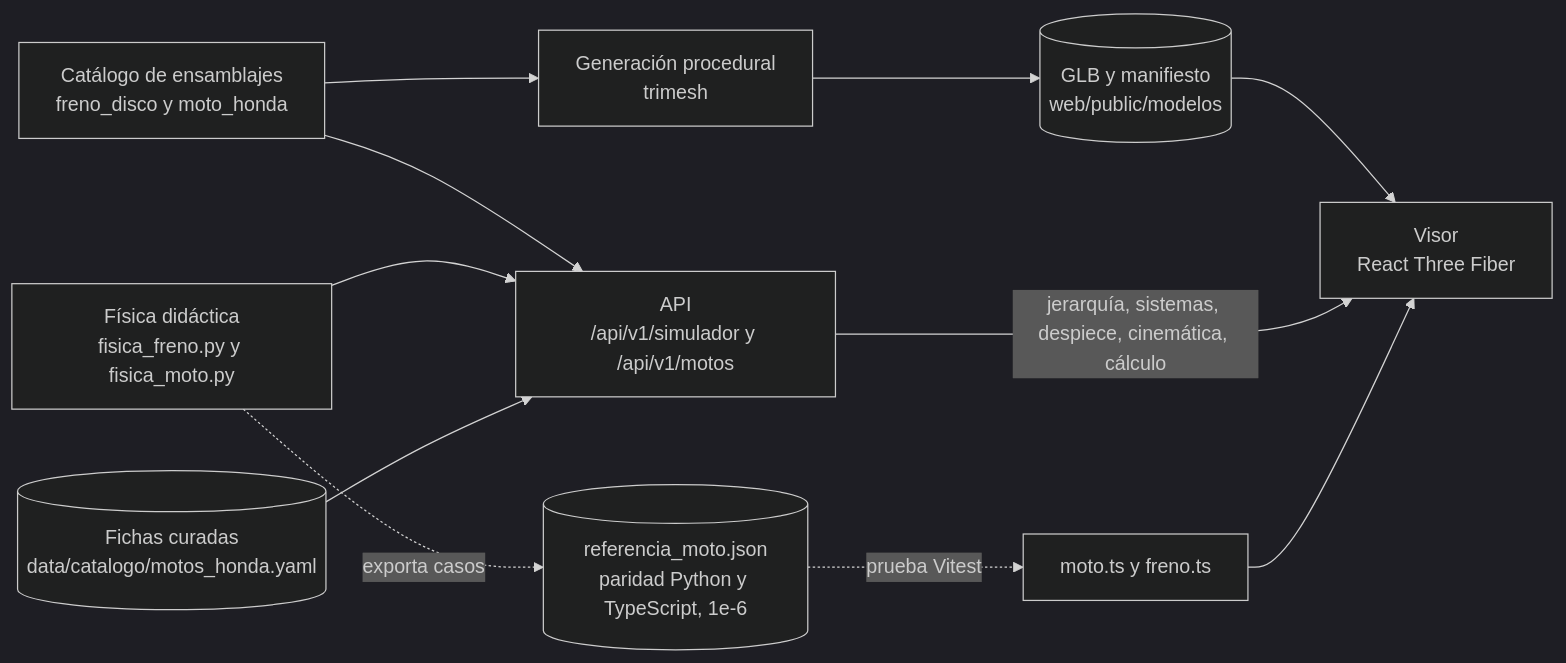
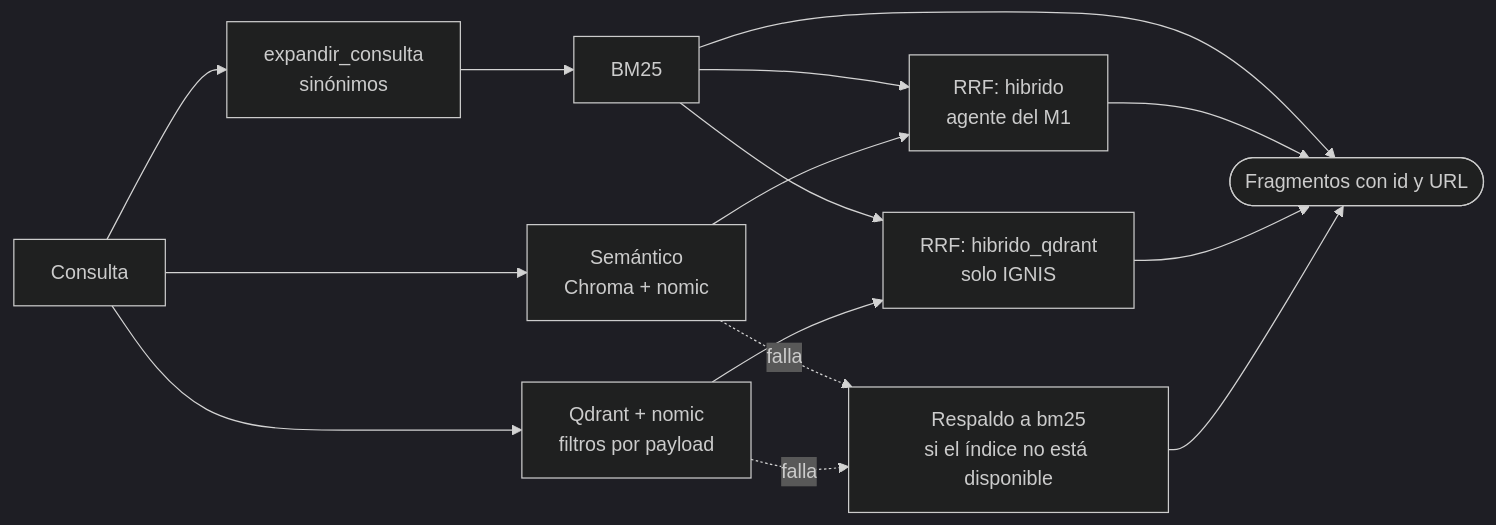
One commit to JulianReneMunoz/fabrica-nacional-autopartes changed the eighth of 8 diagrams in README.md. Above: the diagram before and after it, drawn with Mermaid (dark theme). The commit also changed other lines of this file, not shown here.

Commit message:
docs(readme): README del M2 con diagramas, trazabilidad R01–R16 y estado real de IGNIS (#36)

````diff
--- a/README.md
+++ b/README.md
@@ -139,20 +282,25 @@
 ```mermaid
 flowchart LR
-  cat["Catálogo de ensamblajes<br/>freno_disco y moto_honda"]
-  gen["Generación procedural<br/>trimesh"]
-  glb[("GLB y manifiesto<br/>web/public/modelos")]
-  fisica["Física didáctica<br/>fisica_freno.py y fisica_moto.py"]
-  fichas[("Fichas curadas<br/>data/catalogo/motos_honda.yaml")]
-  api["API<br/>/api/v1/simulador y /api/v1/motos"]
-  visor["Visor<br/>React Three Fiber"]
-  ts["moto.ts y freno.ts"]
-  ref[("referencia_moto.json<br/>paridad Python y TypeScript, 1e-6")]
-  cat --> gen --> glb --> visor
-  cat --> api
-  fisica --> api
-  fichas --> api
-  api -- "jerarquía, sistemas, despiece, cinemática, cálculo" --> visor
-  ts --> visor
-  fisica -. "exporta casos" .-> ref
-  ref -. "prueba Vitest" .-> ts
+  consulta["Consulta"]
+  exp["expandir_consulta<br/>sinónimos"]
+  bm25["BM25"]
+  chroma["Semántico<br/>Chroma + nomic"]
+  qdrant["Qdrant + nomic<br/>filtros por payload"]
+  rrf1["RRF: hibrido<br/>agente del M1"]
+  rrf2["RRF: hibrido_qdrant<br/>solo IGNIS"]
+  resp["Respaldo a bm25<br/>si el índice no está disponible"]
+  frag(["Fragmentos con id y URL"])
+  consulta --> exp --> bm25
+  consulta --> chroma
+  consulta --> qdrant
+  bm25 --> rrf1
+  chroma --> rrf1
+  bm25 --> rrf2
+  qdrant --> rrf2
+  bm25 --> frag
+  rrf1 --> frag
+  rrf2 --> frag
+  chroma -. "falla" .-> resp
+  qdrant -. "falla" .-> resp
+  resp --> frag
 ```
````
